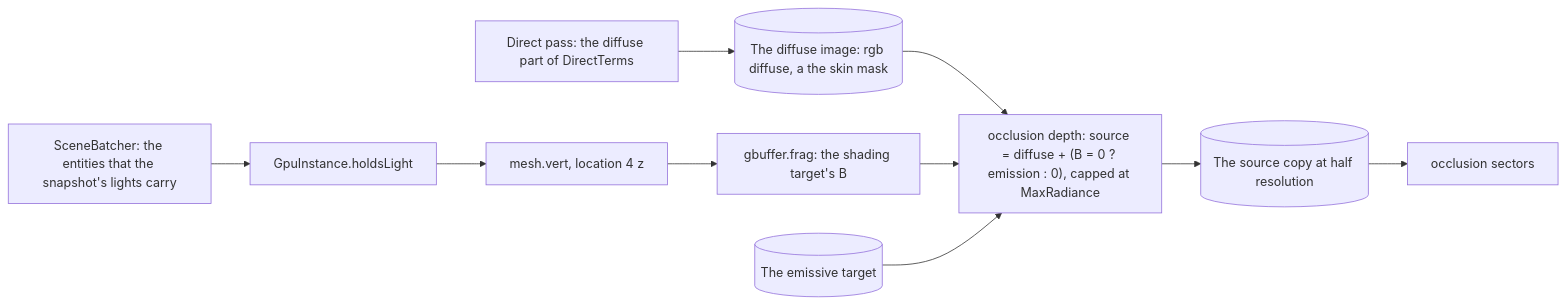
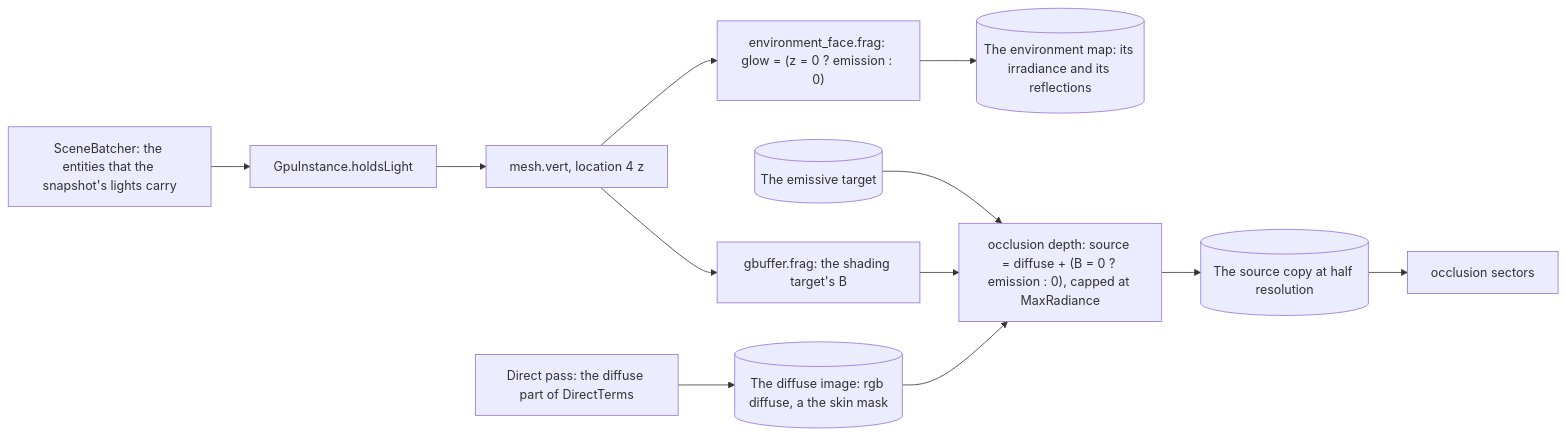
One commit to alexispurslane/tertius changed the third of 4 diagrams in docs/plans/screen-space-illumination.md. Above: the diagram before and after it, drawn with Mermaid. The commit also changed other lines of this file and 9 other files, not shown here.

First line of the commit message:
ter-ylzk: the environment map drops the glow of an entity that holds a light

````diff
--- a/docs/plans/screen-space-illumination.md
+++ b/docs/plans/screen-space-illumination.md
@@ -601,10 +603,11 @@
 ```mermaid
 flowchart LR
     B["SceneBatcher: the entities that the snapshot's lights carry"] --> GI["GpuInstance.holdsLight"]
     GI --> MV["mesh.vert, location 4 z"] --> GF["gbuffer.frag: the shading target's B"]
+    MV --> EF["environment_face.frag: glow = (z = 0 ? emission : 0)"] --> EMAP[("The environment map: its irradiance and its reflections")]
     DP["Direct pass: the diffuse part of DirectTerms"] --> DF[("The diffuse image: rgb diffuse, a the skin mask")]
     DF --> OD["occlusion depth: source = diffuse + (B = 0 ? emission : 0), capped at MaxRadiance"]
     GF --> OD
     EM[("The emissive target")] --> OD
     OD --> SR[("The source copy at half resolution")] --> OS["occlusion sectors"]
 ```
````
